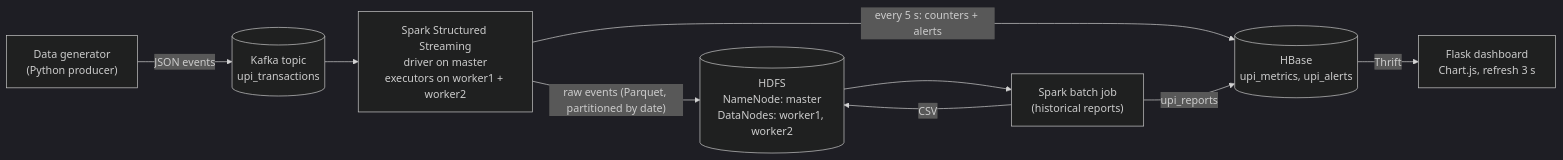
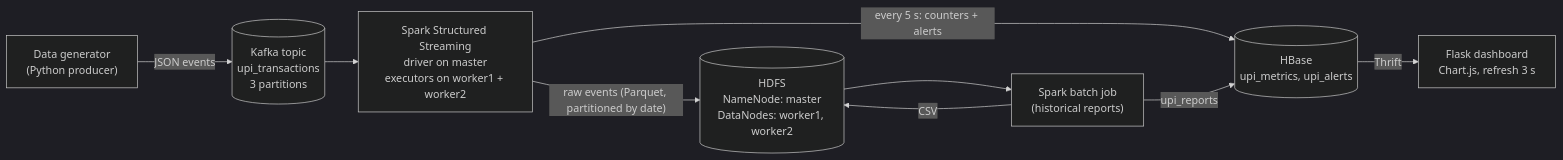
Before and after one commit to yuvi1-1/UPI-real-time-monitoring: the diagram in README.md, drawn with Mermaid (dark theme). The commit also changed other lines of this file, not shown here.

````diff
--- a/README.md
+++ b/README.md
@@ -28,11 +73,11 @@
 ```mermaid
 flowchart LR
-    G["Data generator<br/>(Python producer)"] -->|JSON events| K[("Kafka topic<br/>upi_transactions")]
+    G["Data generator<br/>(Python producer)"] -->|JSON events| K[("Kafka topic<br/>upi_transactions<br/>3 partitions")]
     K --> S["Spark Structured Streaming<br/>driver on master<br/>executors on worker1 + worker2"]
     S -->|"raw events (Parquet, partitioned by date)"| H[("HDFS<br/>NameNode: master<br/>DataNodes: worker1, worker2")]
     S -->|"every 5 s: counters + alerts"| B[("HBase<br/>upi_metrics, upi_alerts")]
     H --> BJ["Spark batch job<br/>(historical reports)"]
     BJ -->|"upi_reports"| B
     BJ -->|CSV| H
     B -->|Thrift| D["Flask dashboard<br/>Chart.js, refresh 3 s"]
 ```
````
